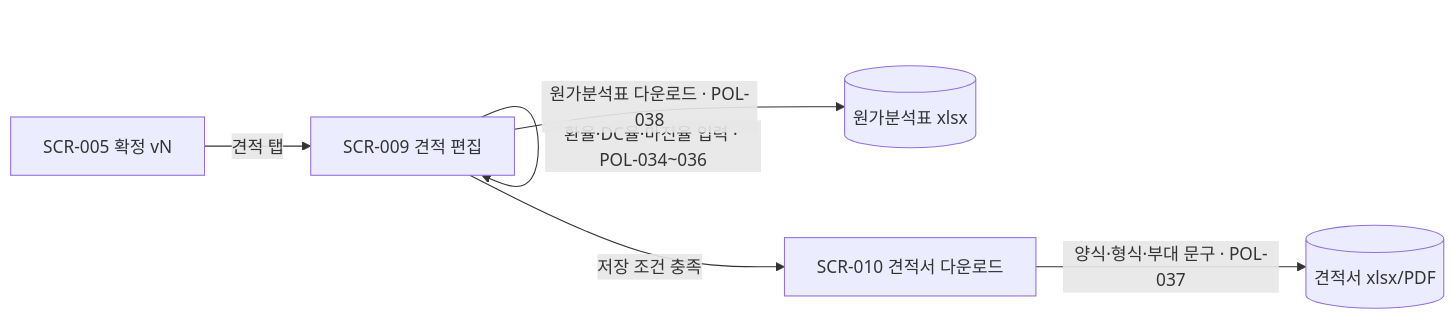
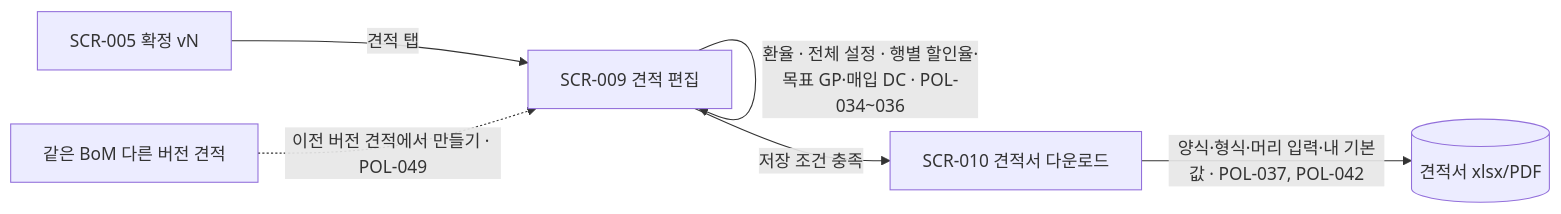
One commit to leoyun2010/planloop changed the fourth of 7 diagrams in projects/bom-auto/03-ia.md. Above: the diagram before and after it, drawn with Mermaid. The commit also changed other lines of this file and 37 other files, not shown here.

````diff
--- a/projects/bom-auto/03-ia.md
+++ b/projects/bom-auto/03-ia.md
@@ -95,9 +108,9 @@
 ```mermaid
 flowchart LR
     A[SCR-005 확정 vN] -->|견적 탭| B[SCR-009 견적 편집]
-    B -->|단가 없는 행 · POL-033| B
-    B -->|환율·DC율·마진율 입력 · POL-034~036| B
+    A2[같은 BoM 다른 버전 견적] -.->|이전 버전 견적에서 만들기 · POL-049| B
+    B -->|단가 없는 행 · 통화 · 환율 · POL-033| B
+    B -->|환율 · 전체 설정 · 행별 할인율·목표 GP·매입 DC · POL-034~036| B
     B -->|저장 조건 충족| C[SCR-010 견적서 다운로드]
-    C -->|양식·형식·부대 문구 · POL-037| D[(견적서 xlsx/PDF)]
-    B -->|원가분석표 다운로드 · POL-038| E[(원가분석표 xlsx)]
+    C -->|양식·형식·머리 입력·내 기본값 · POL-037, POL-042| D[(견적서 xlsx/PDF)]
 ```
````
